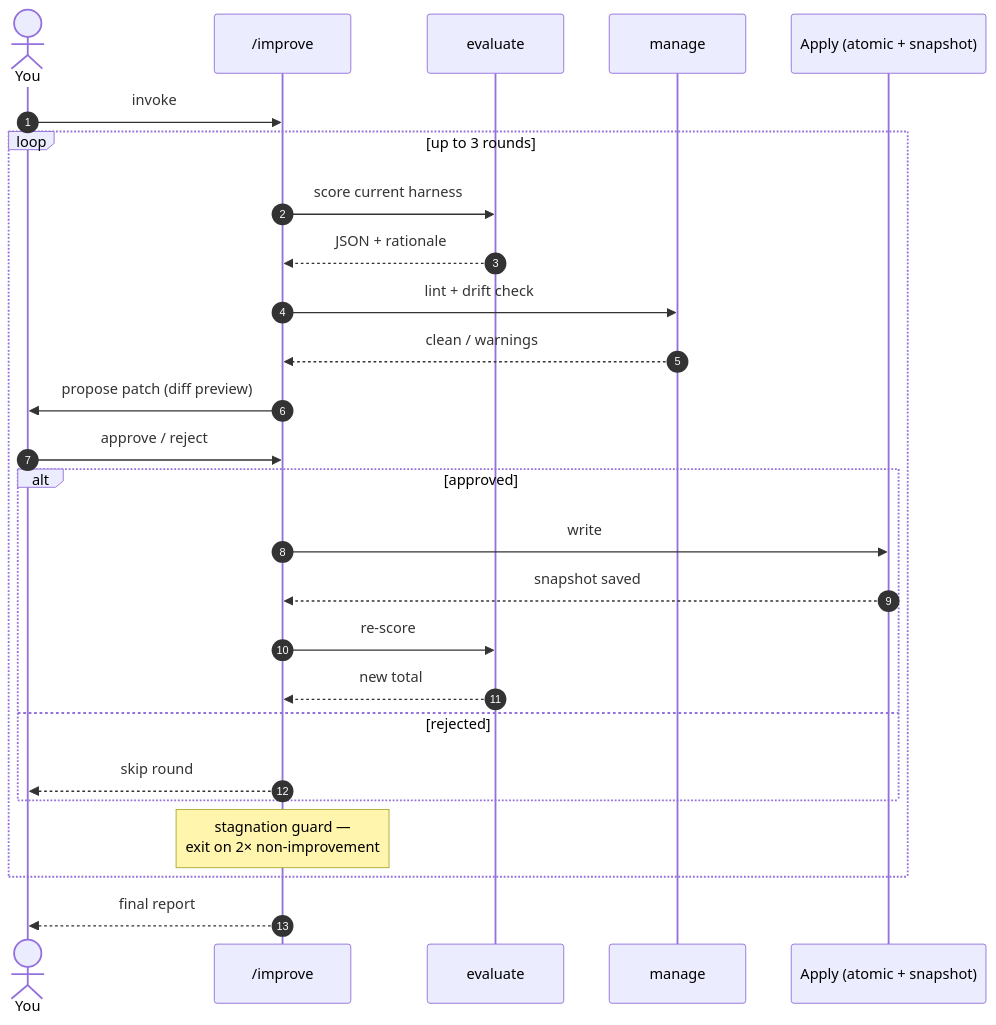
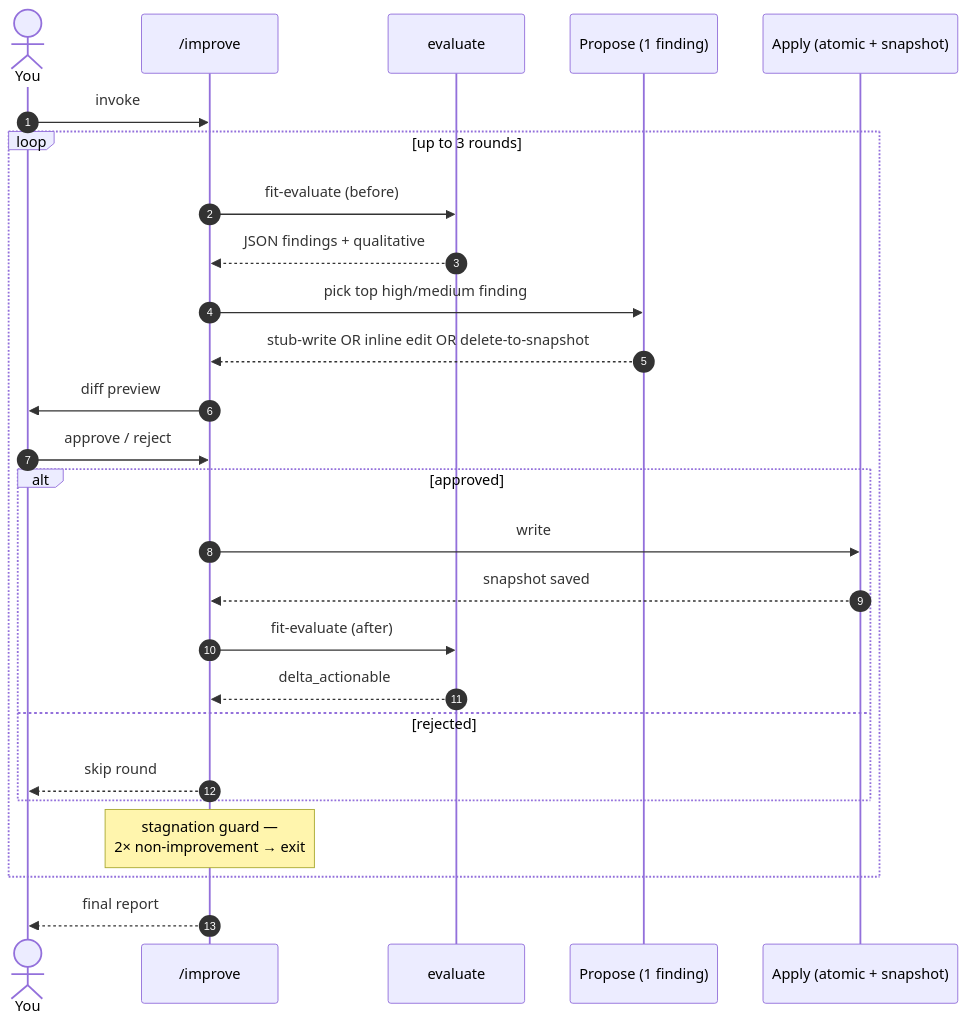
Before and after one commit to seokan-jeong/meta-harness: the diagram in README.md, drawn with Mermaid. The commit also changed other lines of this file and 39 other files, not shown here.

````diff
--- a/README.md
+++ b/README.md
@@ -111,29 +96,29 @@
 ```mermaid
 sequenceDiagram
     autonumber
     actor U as You
     participant I as /improve
     participant E as evaluate
-    participant M as manage
+    participant P as Propose (1 finding)
     participant A as Apply (atomic + snapshot)
 
     U->>I: invoke
     loop up to 3 rounds
-        I->>E: score current harness
-        E-->>I: JSON + rationale
-        I->>M: lint + drift check
-        M-->>I: clean / warnings
-        I->>U: propose patch (diff preview)
+        I->>E: fit-evaluate (before)
+        E-->>I: JSON findings + qualitative
+        I->>P: pick top high/medium finding
+        P-->>I: stub-write OR inline edit OR delete-to-snapshot
+        I->>U: diff preview
         U->>I: approve / reject
         alt approved
             I->>A: write
             A-->>I: snapshot saved
-            I->>E: re-score
-            E-->>I: new total
+            I->>E: fit-evaluate (after)
+            E-->>I: delta_actionable
         else rejected
             I-->>U: skip round
         end
-        Note over I: stagnation guard —<br/>exit on 2× non-improvement
+        Note over I: stagnation guard —<br/>2× non-improvement → exit
     end
     I-->>U: final report
 ```
````
